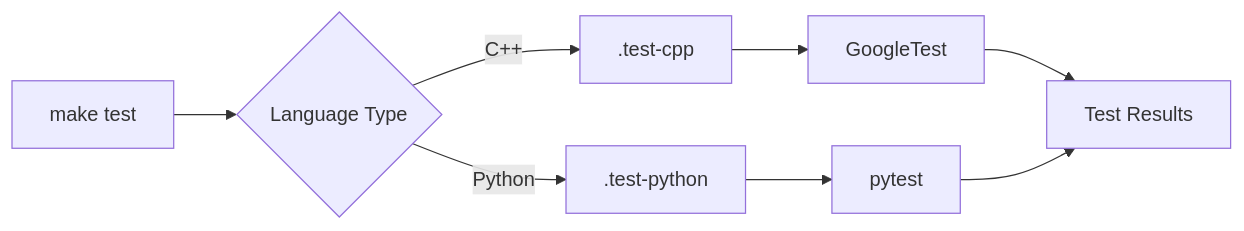
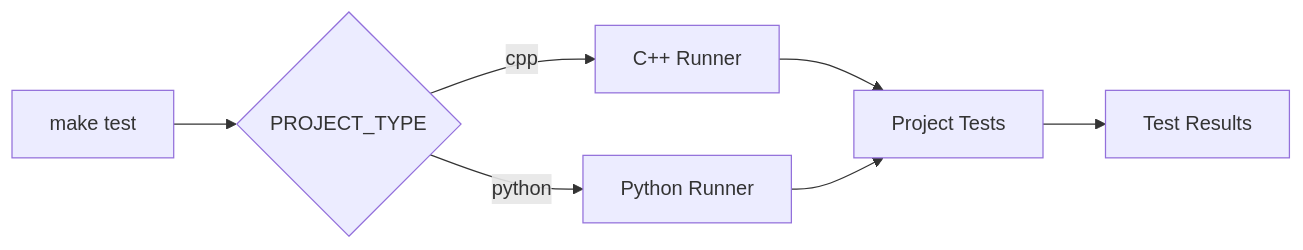
Before and after one commit to jlheater/test-project-123456: the third of 3 diagrams in docs/build-system/overview.md, drawn with Mermaid. The commit also changed other lines of this file and 11 other files, not shown here.

````diff
--- a/docs/build-system/overview.md
+++ b/docs/build-system/overview.md
@@ -75,12 +75,11 @@
 ```mermaid
 flowchart LR
-    Test["make test"] --> Lang{"Language Type"}
-    Lang -->|C++| CPP[".test-cpp"]
-    Lang -->|Python| PY[".test-python"]
+    Test["make test"] --> Type{"PROJECT_TYPE"}
+    Type -->|cpp| CPP["C++ Runner"]
+    Type -->|python| PY["Python Runner"]
     
-    CPP --> GoogleTest["GoogleTest"]
-    PY --> PyTest["pytest"]
+    CPP --> Tests["Project Tests"]
+    PY --> Tests
     
-    GoogleTest --> Results["Test Results"]
-    PyTest --> Results
+    Tests --> Results["Test Results"]
 ```
````
